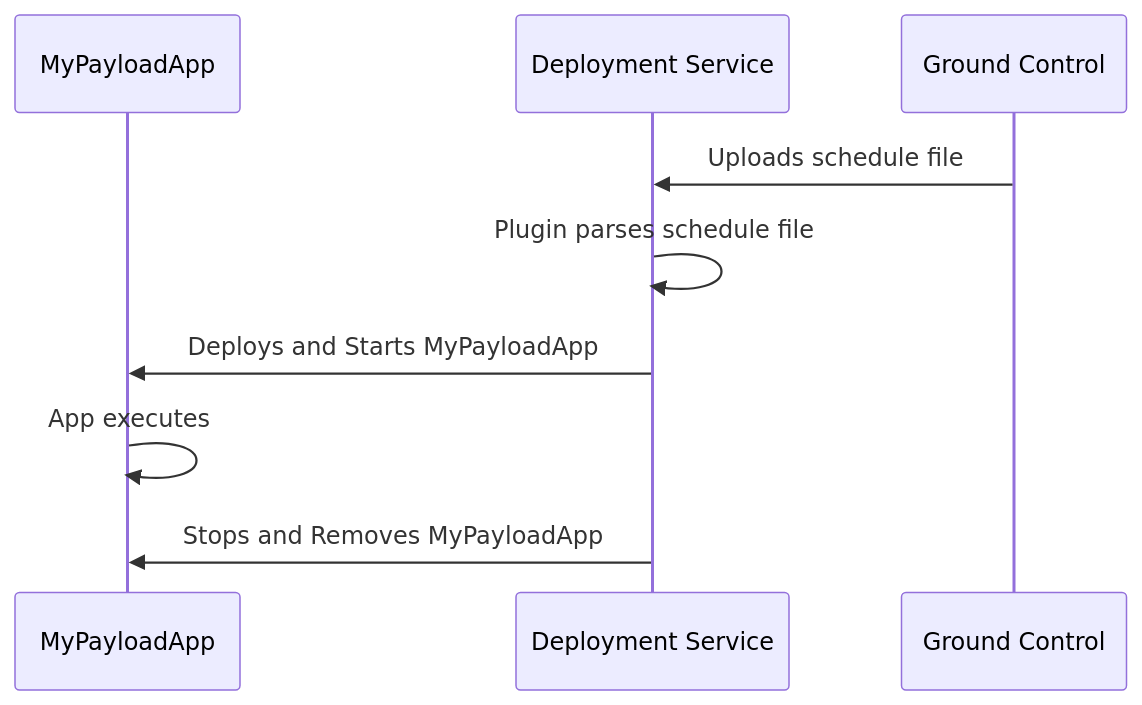
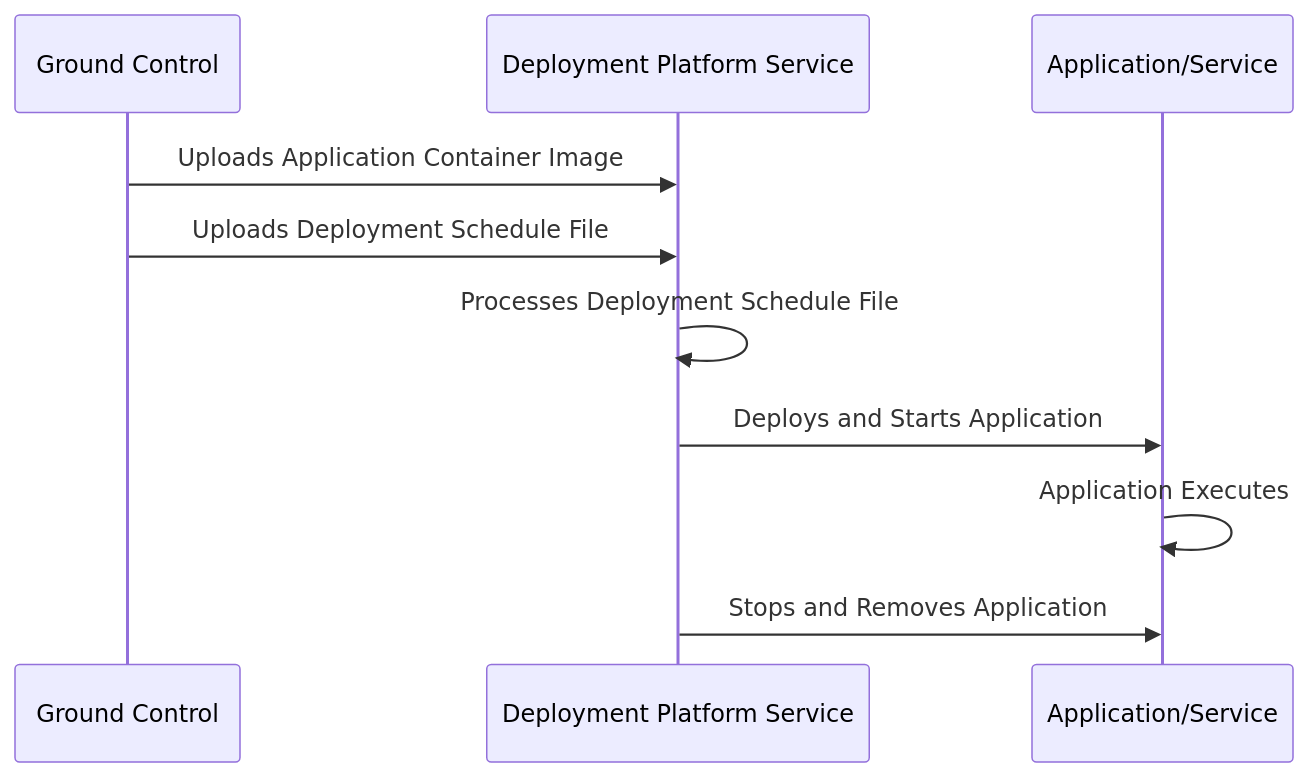
One commit to microsoft/azure-orbital-space-sdk changed the first of 2 diagrams in docs/architecture/runtime-framework/platform-services/deployment.md. Above: the diagram before and after it, drawn with Mermaid. The commit also changed other lines of this file, not shown here.

Commit message:
updates deployment service documentation

````diff
--- a/docs/architecture/runtime-framework/platform-services/deployment.md
+++ b/docs/architecture/runtime-framework/platform-services/deployment.md
@@ -23,12 +21,13 @@
 ```mermaid
 sequenceDiagram
-    participant app as MyPayloadApp 
-    participant deployment as Deployment Service
     participant ground as Ground Control
+    participant deployment as Deployment Platform Service
+    participant app as Application/Service
 
-    ground     ->> deployment: Uploads schedule file
-    deployment ->> deployment: Plugin parses schedule file
-    deployment ->> app: Deploys and Starts MyPayloadApp
-    app        ->> app: App executes
-    deployment ->> app: Stops and Removes MyPayloadApp
+    ground     ->> deployment: Uploads Application Container Image
+    ground     ->> deployment: Uploads Deployment Schedule File
+    deployment ->> deployment: Processes Deployment Schedule File
+    deployment ->> app: Deploys and Starts Application
+    app        ->> app: Application Executes
+    deployment ->> app: Stops and Removes Application
 ```
````
